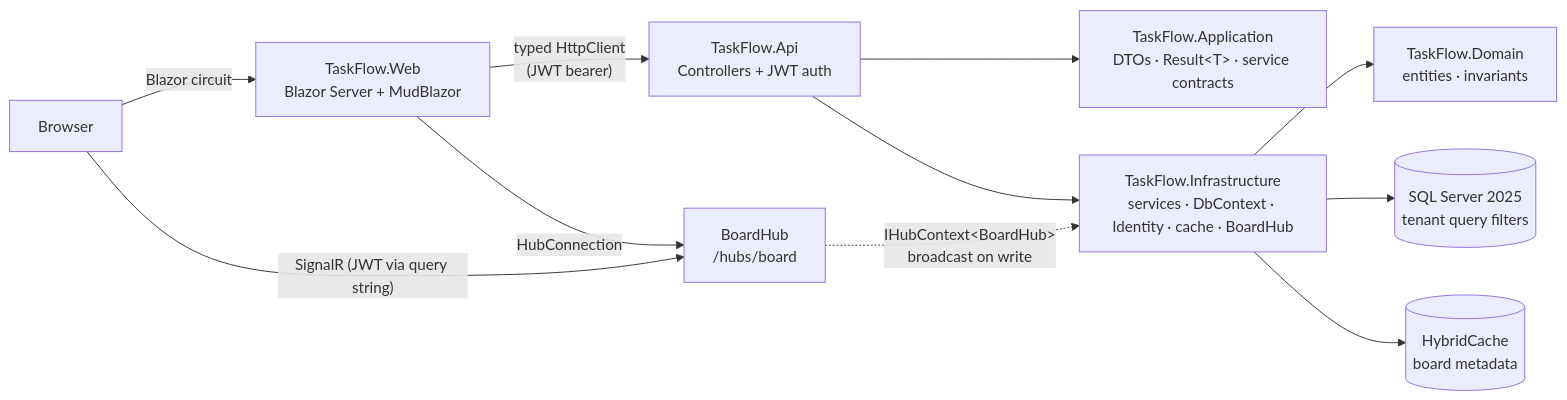
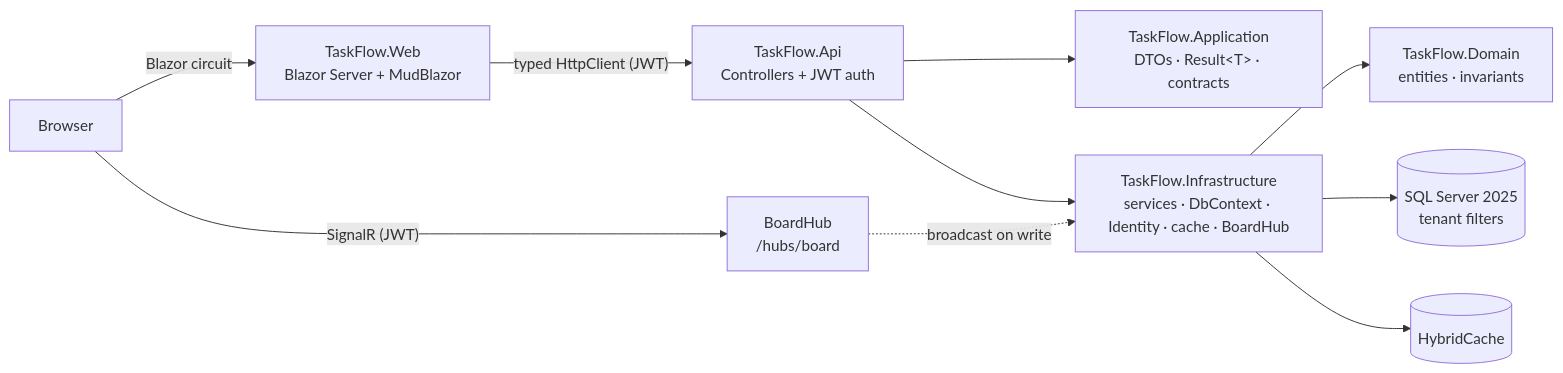
One commit to kuki404/TaskFlow changed the diagram in README.md. Above: the diagram before and after it, drawn with Mermaid. The commit also changed other lines of this file, not shown here.

````diff
--- a/README.md
+++ b/README.md
@@ -31,13 +62,12 @@
 ```mermaid
 flowchart LR
     Browser["Browser"] -- Blazor circuit --> Web["TaskFlow.Web<br/>Blazor Server + MudBlazor"]
-    Browser -- "SignalR (JWT via query string)" --> Hub["BoardHub<br/>/hubs/board"]
-    Web -- "typed HttpClient<br/>(JWT bearer)" --> Api["TaskFlow.Api<br/>Controllers + JWT auth"]
-    Web -- "HubConnection" --> Hub
-    Api --> App["TaskFlow.Application<br/>DTOs · Result&lt;T&gt; · service contracts"]
+    Browser -- "SignalR (JWT)" --> Hub["BoardHub<br/>/hubs/board"]
+    Web -- "typed HttpClient (JWT)" --> Api["TaskFlow.Api<br/>Controllers + JWT auth"]
+    Api --> App["TaskFlow.Application<br/>DTOs · Result&lt;T&gt; · contracts"]
     Api --> Infra["TaskFlow.Infrastructure<br/>services · DbContext · Identity · cache · BoardHub"]
     Infra --> Domain["TaskFlow.Domain<br/>entities · invariants"]
-    Infra --> Db[("SQL Server 2025<br/>tenant query filters")]
-    Infra --> Cache[("HybridCache<br/>board metadata")]
-    Hub -.->|"IHubContext&lt;BoardHub&gt;<br/>broadcast on write"| Infra
+    Infra --> Db[("SQL Server 2025<br/>tenant filters")]
+    Infra --> Cache[("HybridCache")]
+    Hub -.->|"broadcast on write"| Infra
 ```
````
